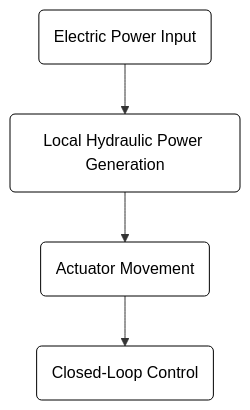
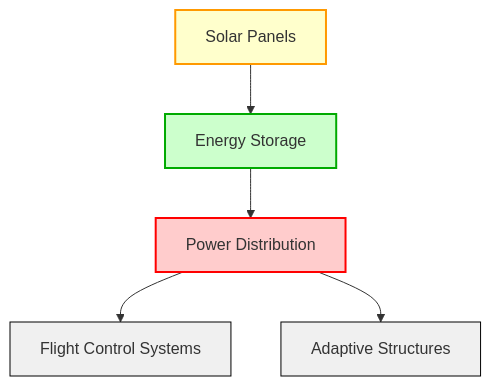
Before and after one commit to Robbbo-T/Ampel360XWLRGA: diagram 12 of 13 in FTC_27-00-00-00-000 – ATA_27-Flight-Controls.md, drawn with Mermaid. The commit also changed other lines of this file, not shown here.

Commit message:
Update FTC_27-00-00-00-000 – ATA_27-Flight-Controls.md (#72)

````diff
--- a/FTC_27-00-00-00-000 – ATA_27-Flight-Controls.md
+++ b/FTC_27-00-00-00-000 – ATA_27-Flight-Controls.md
@@ -3966,9 +465,12 @@
 ```mermaid
-flowchart TD
-    A("Electric Power Input") --> B("Local Hydraulic Power Generation") --> C("Actuator Movement") --> D("Closed-Loop Control")
-
-    style A fill:#ffffff, color:#000000, stroke:#000000, stroke-width:1px
-    style B fill:#ffffff, color:#000000, stroke:#000000, stroke-width:1px
-    style C fill:#ffffff, color:#000000, stroke:#000000, stroke-width:1px
-    style D fill:#ffffff, color:#000000, stroke:#000000, stroke-width:1px
+graph TD
+    A[Solar Panels] --> B[Energy Storage]
+    B --> C[Power Distribution]
+    C --> D[Flight Control Systems]
+    C --> E[Adaptive Structures]
+    style A fill:#ffffcc,stroke:#ff9900,stroke-width:2px
+    style B fill:#ccffcc,stroke:#00aa00,stroke-width:2px
+    style C fill:#ffcccc,stroke:#ff0000,stroke-width:2px
+    style D fill:#f0f0f0,stroke:#000000,stroke-width:1px
+    style E fill:#f0f0f0,stroke:#000000,stroke-width:1px
 ```
````
